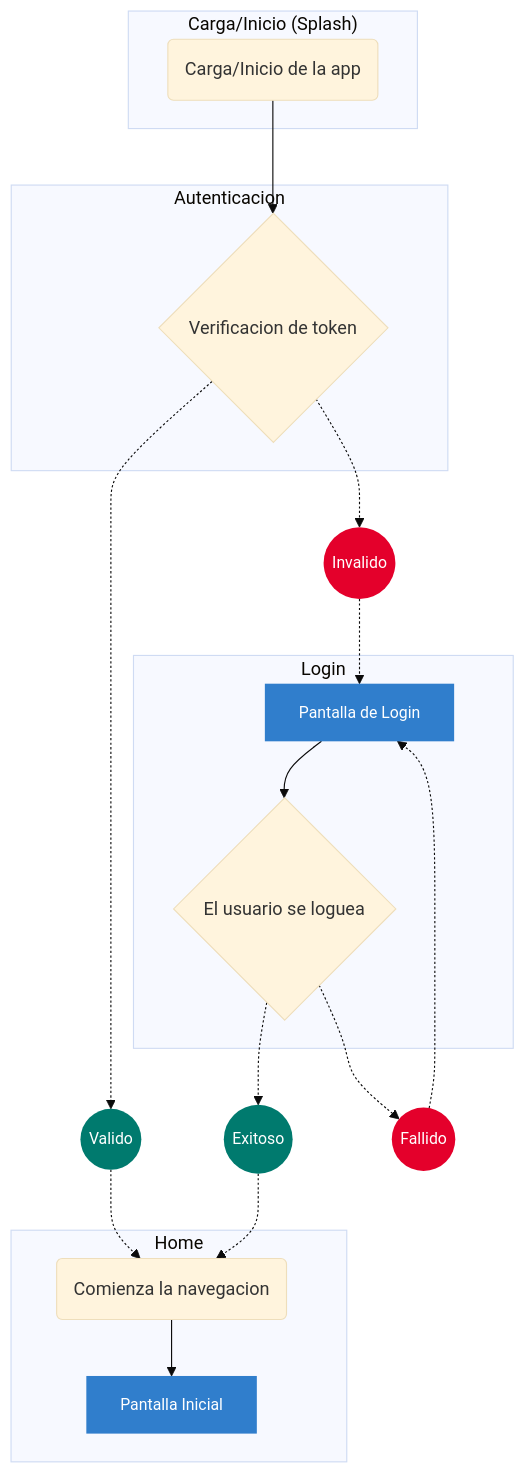
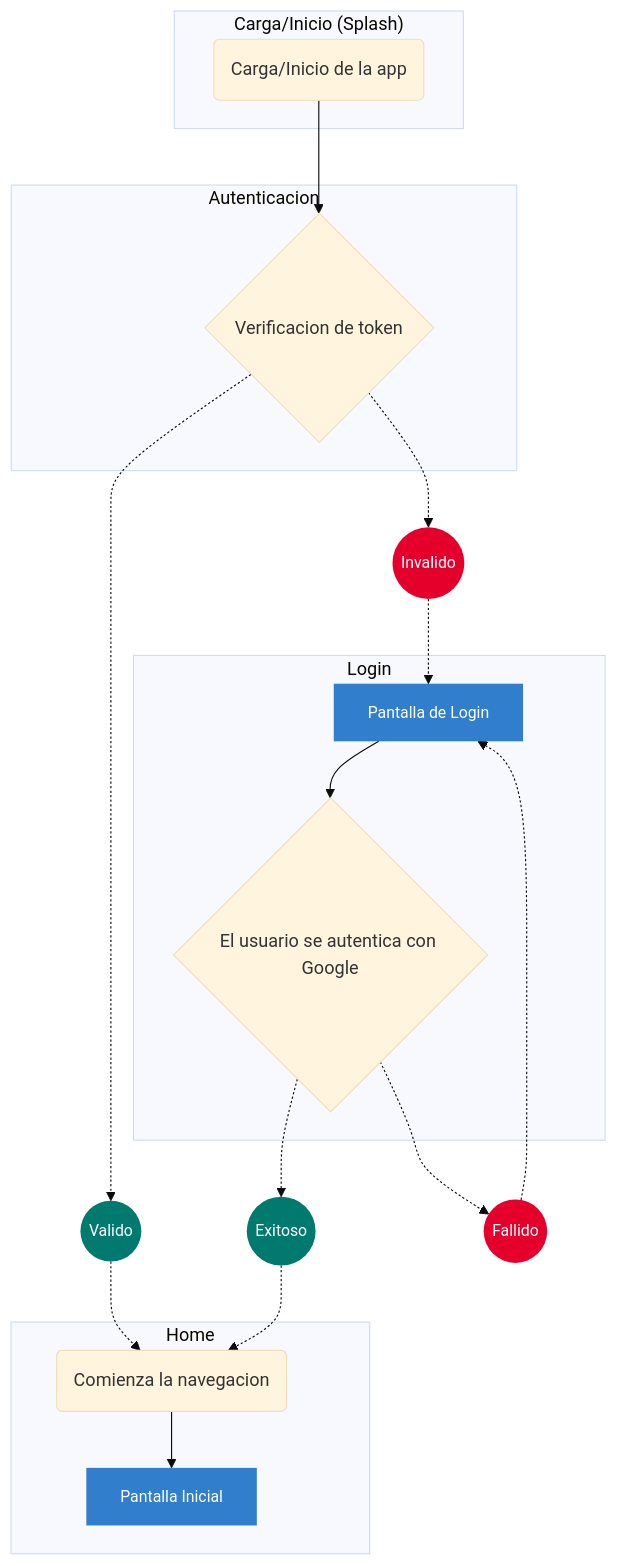
One commit to lighuen-lacamoire/CryptoChallengeRN changed the diagram in README.md. Above: the diagram before and after it, drawn with Mermaid (base theme). The commit also changed other lines of this file and 33 other files, not shown here.

Commit message:
auth flow

````diff
--- a/README.md
+++ b/README.md
@@ -6,37 +44,37 @@
 ```mermaid
 graph TD;
 
   NodeAuth1 -.-> NodeAuthSuccess((Valido)) -.-> NodeHome1
   NodeAuth1 -.-> NodeAuthFail((Invalido)) -.-> NodeLogin1
   NodeLogin2 -.-> NodeLoginSuccess((Exitoso)) -.-> NodeHome1
   NodeLogin2 -.-> NodeLoginFail((Fallido)) -.-> NodeLogin1
 
   subgraph "Home"
   NodeHome1(Comienza la navegacion)
   NodeHome1 --> NodeHome2
   NodeHome2[Pantalla Inicial]
   end
 
   subgraph "Login"
   NodeLogin1 --> NodeLogin2
   NodeLogin1[Pantalla de Login]
-  NodeLogin2{El usuario se loguea}
+  NodeLogin2{El usuario se autentica con Google}
   end
 
   subgraph "Autenticacion"
   NodeAuth1{Verificacion de token}
   end
 
   subgraph "Carga/Inicio (Splash)"
   NodeSplash1(Carga/Inicio de la app)
   NodeSplash1 --> NodeAuth1
   end
 
   classDef clsSuccess font-size:14px,color:#FFF,fill:#007A6E,stroke:#007A6E,stroke-width:0px
   classDef clsError font-size:14px,color:#FFF,fill:#E4002B,stroke:#E4002B,stroke-width:0px
   classDef clsScreen font-size:14px,color:#FFF,fill:#307ecc,stroke:#307ecc,stroke-width:0px
   class NodeAuthFail,NodeLoginFail clsError
   class NodeAuthSuccess,NodeLoginSuccess clsSuccess
   class NodeLogin1,NodeHome2 clsScreen
-  
+
 ```
````
